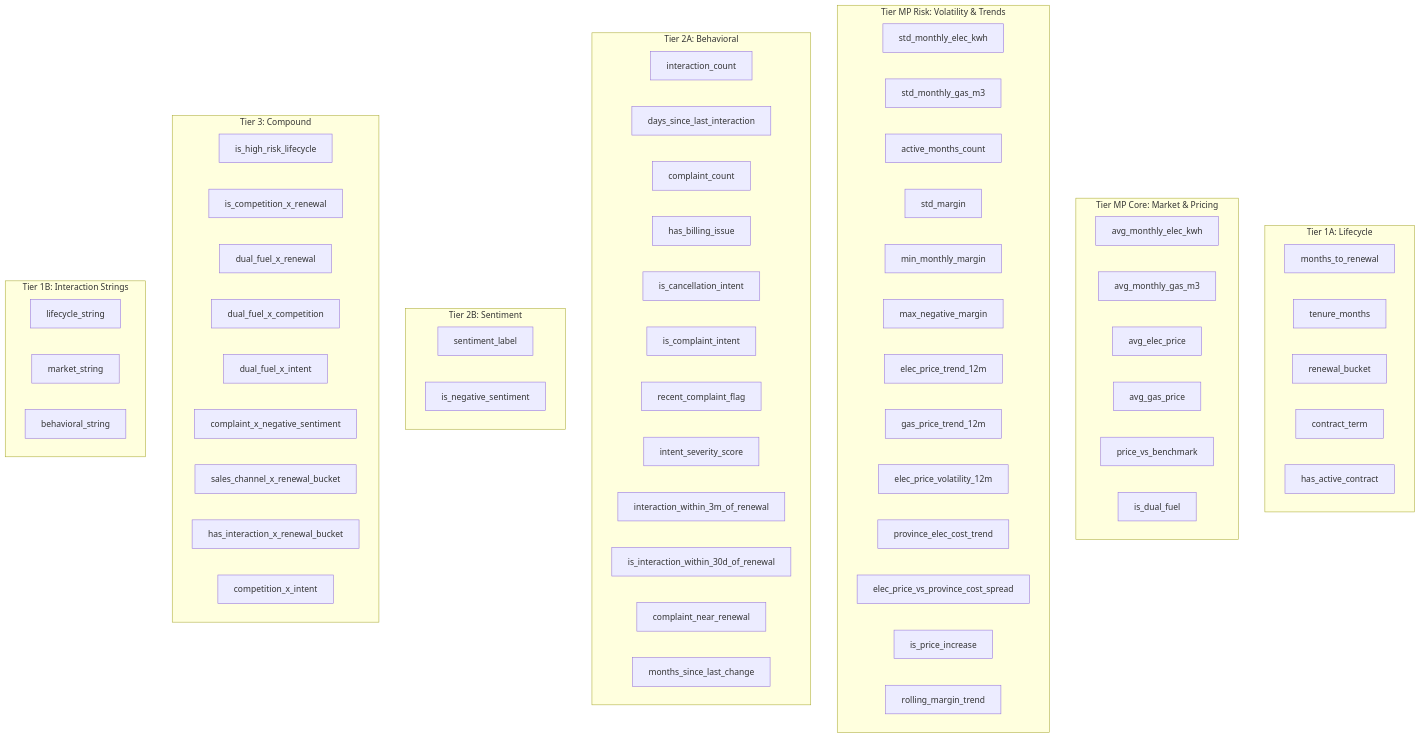
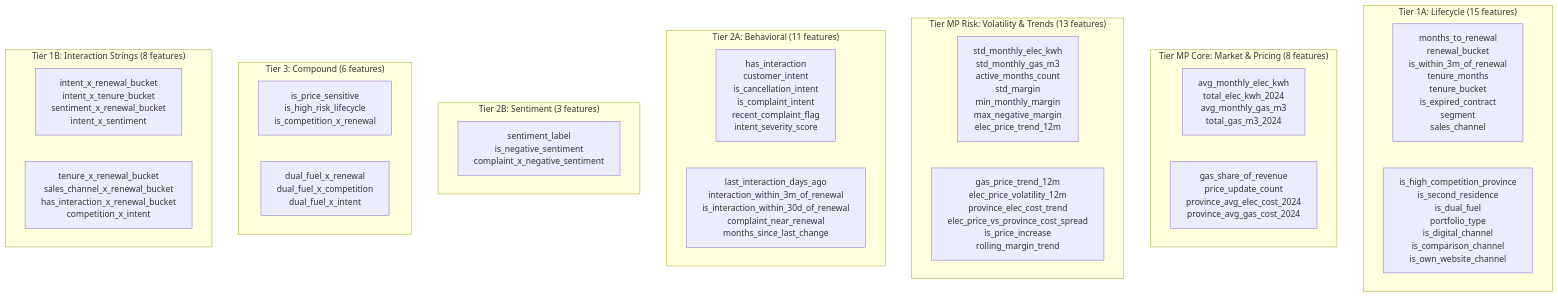
Before and after one commit to rawad-yared/bcgx-spanishgas-g1: the third of 8 diagrams in README.md, drawn with Mermaid. The commit also changed other lines of this file, not shown here.

Commit message:
Fix Mermaid diagram truncation and correct feature tier content
Use <br> line breaks across all diagrams to prevent text clipping
on GitHub. Rewrite feature tier diagram to match feature_tiers.yaml
exactly (64 features across 7 tiers), replacing incorrect/missing
feature names and reducing per-tier node count from many individual
nodes to 1-2 multi-line nodes.

````diff
--- a/README.md
+++ b/README.md
@@ -173,80 +173,42 @@
 ```mermaid
 graph TB
-    subgraph T1A["Tier 1A: Lifecycle"]
+    subgraph T1A["Tier 1A: Lifecycle (15 features)"]
         direction LR
-        L1["months_to_renewal"]
-        L2["tenure_months"]
-        L3["renewal_bucket"]
-        L4["contract_term"]
-        L5["has_active_contract"]
+        T1A_1["months_to_renewal<br>renewal_bucket<br>is_within_3m_of_renewal<br>tenure_months<br>tenure_bucket<br>is_expired_contract<br>segment<br>sales_channel"]
+        T1A_2["is_high_competition_province<br>is_second_residence<br>is_dual_fuel<br>portfolio_type<br>is_digital_channel<br>is_comparison_channel<br>is_own_website_channel"]
     end
 
-    subgraph TMP_CORE["Tier MP Core: Market & Pricing"]
+    subgraph TMP_CORE["Tier MP Core: Market & Pricing (8 features)"]
         direction LR
-        M1["avg_monthly_elec_kwh"]
-        M2["avg_monthly_gas_m3"]
-        M3["avg_elec_price"]
-        M4["avg_gas_price"]
-        M5["price_vs_benchmark"]
-        M6["is_dual_fuel"]
+        MPC_1["avg_monthly_elec_kwh<br>total_elec_kwh_2024<br>avg_monthly_gas_m3<br>total_gas_m3_2024"]
+        MPC_2["gas_share_of_revenue<br>price_update_count<br>province_avg_elec_cost_2024<br>province_avg_gas_cost_2024"]
     end
 
-    subgraph TMP_RISK["Tier MP Risk: Volatility & Trends"]
+    subgraph TMP_RISK["Tier MP Risk: Volatility & Trends (13 features)"]
         direction LR
-        R1["std_monthly_elec_kwh"]
-        R2["std_monthly_gas_m3"]
-        R3["active_months_count"]
-        R4["std_margin"]
-        R5["min_monthly_margin"]
-        R6["max_negative_margin"]
-        R7["elec_price_trend_12m"]
-        R8["gas_price_trend_12m"]
-        R9["elec_price_volatility_12m"]
-        R10["province_elec_cost_trend"]
-        R11["elec_price_vs_province_cost_spread"]
-        R12["is_price_increase"]
-        R13["rolling_margin_trend"]
+        MPR_1["std_monthly_elec_kwh<br>std_monthly_gas_m3<br>active_months_count<br>std_margin<br>min_monthly_margin<br>max_negative_margin<br>elec_price_trend_12m"]
+        MPR_2["gas_price_trend_12m<br>elec_price_volatility_12m<br>province_elec_cost_trend<br>elec_price_vs_province_cost_spread<br>is_price_increase<br>rolling_margin_trend"]
     end
 
-    subgraph T2A["Tier 2A: Behavioral"]
+    subgraph T2A["Tier 2A: Behavioral (11 features)"]
         direction LR
-        B1["interaction_count"]
-        B2["days_since_last_interaction"]
-        B3["complaint_count"]
-        B4["has_billing_issue"]
-        B5["is_cancellation_intent"]
-        B6["is_complaint_intent"]
-        B7["recent_complaint_flag"]
-        B8["intent_severity_score"]
-        B9["interaction_within_3m_of_renewal"]
-        B10["is_interaction_within_30d_of_renewal"]
-        B11["complaint_near_renewal"]
-        B12["months_since_last_change"]
+        B_1["has_interaction<br>customer_intent<br>is_cancellation_intent<br>is_complaint_intent<br>recent_complaint_flag<br>intent_severity_score"]
+        B_2["last_interaction_days_ago<br>interaction_within_3m_of_renewal<br>is_interaction_within_30d_of_renewal<br>complaint_near_renewal<br>months_since_last_change"]
     end
 
-    subgraph T2B["Tier 2B: Sentiment"]
-        direction LR
-        S1["sentiment_label"]
-        S2["is_negative_sentiment"]
+    subgraph T2B["Tier 2B: Sentiment (3 features)"]
+        S_1["sentiment_label<br>is_negative_sentiment<br>complaint_x_negative_sentiment"]
     end
 
-    subgraph T3["Tier 3: Compound"]
+    subgraph T3["Tier 3: Compound (6 features)"]
         direction LR
-        C1["is_high_risk_lifecycle"]
-        C2["is_competition_x_renewal"]
-        C3["dual_fuel_x_renewal"]
-        C4["dual_fuel_x_competition"]
-        C5["dual_fuel_x_intent"]
-        C6["complaint_x_negative_sentiment"]
-        C7["sales_channel_x_renewal_bucket"]
-        C8["has_interaction_x_renewal_bucket"]
-        C9["competition_x_intent"]
+        C_1["is_price_sensitive<br>is_high_risk_lifecycle<br>is_competition_x_renewal"]
+        C_2["dual_fuel_x_renewal<br>dual_fuel_x_competition<br>dual_fuel_x_intent"]
     end
 
-    subgraph T1B["Tier 1B: Interaction Strings"]
+    subgraph T1B["Tier 1B: Interaction Strings (8 features)"]
         direction LR
-        IS1["lifecycle_string"]
-        IS2["market_string"]
-        IS3["behavioral_string"]
+        IS_1["intent_x_renewal_bucket<br>intent_x_tenure_bucket<br>sentiment_x_renewal_bucket<br>intent_x_sentiment"]
+        IS_2["tenure_x_renewal_bucket<br>sales_channel_x_renewal_bucket<br>has_interaction_x_renewal_bucket<br>competition_x_intent"]
     end
 ```
````
